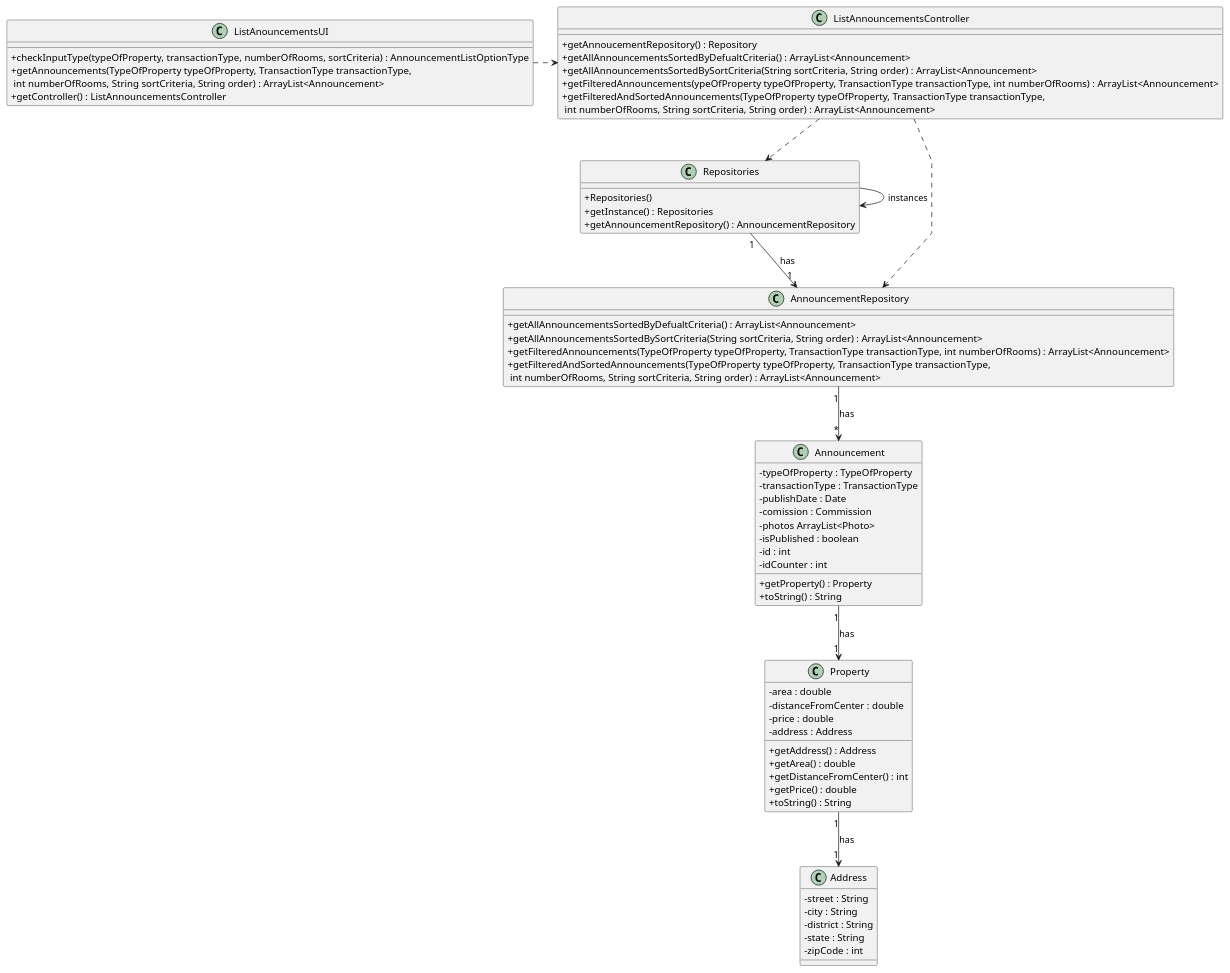
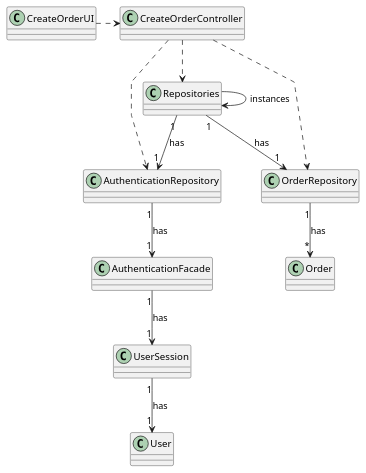
Before and after one commit to Goncalves2525/real-estate-management-system: the diagram in docs/sprintC/us001/03.design/puml/us001-class-diagram.puml, drawn with PlantUML. The commit also changed 52 other files, not shown here.

Commit message:
Made Rationale, created sequence diagram and prepared class diagram [UC10] [Design]

```diff
--- a/docs/sprintC/us001/03.design/puml/us001-class-diagram.puml
+++ b/docs/sprintC/us001/03.design/puml/us001-class-diagram.puml
@@ -1,88 +1,60 @@
 @startuml
 'skinparam monochrome true
 skinparam packageStyle rectangle
 skinparam shadowing false
 skinparam linetype polyline
 'skinparam linetype orto
 
 skinparam classAttributeIconSize 0
 
 'left to right directio
-class Property{
-      - area : double
-      - distanceFromCenter : double
-      - price : double
-      - address : Address
-      + getAddress() : Address
-      + getArea() : double
-      + getDistanceFromCenter() : int
-      + getPrice() : double
-      + toString() : String
+class UserSession{
 }
 
-class Announcement {
-   - typeOfProperty : TypeOfProperty
-   - transactionType : TransactionType
-   - publishDate : Date
-   - comission : Commission
-   - photos ArrayList<Photo>
-   - isPublished : boolean
-   - id : int
-   - idCounter : int
-   + getProperty() : Property
-   + toString() : String
+class AuthenticationFacade {
 }
 
-class AnnouncementRepository {
-    +getAllAnnouncementsSortedByDefualtCriteria() : ArrayList<Announcement>
-    +getAllAnnouncementsSortedBySortCriteria(String sortCriteria, String order) : ArrayList<Announcement>
-    +getFilteredAnnouncements(TypeOfProperty typeOfProperty, TransactionType transactionType, int numberOfRooms) : ArrayList<Announcement>
-    +getFilteredAndSortedAnnouncements(TypeOfProperty typeOfProperty, TransactionType transactionType,\n int numberOfRooms, String sortCriteria, String order) : ArrayList<Announcement>
+class AuthenticationRepository {
 }
 
 class Repositories {
-    +Repositories()
-    +getInstance() : Repositories
-    +getAnnouncementRepository() : AnnouncementRepository
 }
 
-class ListAnnouncementsController {
-     +getAnnoucementRepository() : Repository
-     +getAllAnnouncementsSortedByDefualtCriteria() : ArrayList<Announcement>
-     +getAllAnnouncementsSortedBySortCriteria(String sortCriteria, String order) : ArrayList<Announcement>
-     +getFilteredAnnouncements(ypeOfProperty typeOfProperty, TransactionType transactionType, int numberOfRooms) : ArrayList<Announcement>
-     +getFilteredAndSortedAnnouncements(TypeOfProperty typeOfProperty, TransactionType transactionType,\n int numberOfRooms, String sortCriteria, String order) : ArrayList<Announcement>
+class CreateOrderController {
 }
 
-class ListAnouncementsUI {
-    +checkInputType(typeOfProperty, transactionType, numberOfRooms, sortCriteria) : AnnouncementListOptionType
-    +getAnnouncements(TypeOfProperty typeOfProperty, TransactionType transactionType,\n int numberOfRooms, String sortCriteria, String order) : ArrayList<Announcement>
-    +getController() : ListAnnouncementsController
+class CreateOrderUI {
 }
 
-class Address{
-    - street : String
-    - city : String
-    - district : String
-    - state : String
-    - zipCode : int
+class User{
+}
+
+class OrderRepository{
+}
+
+class Order{
 }
 
 Repositories -> Repositories : instances
 
-ListAnouncementsUI .> ListAnnouncementsController
+CreateOrderUI .> CreateOrderController
 
-ListAnnouncementsController ..> Repositories
+CreateOrderController ..> Repositories
 
-Repositories "1" --> "1" AnnouncementRepository : has
+Repositories "1" --> "1" AuthenticationRepository : has
 
-ListAnnouncementsController ..> AnnouncementRepository
+CreateOrderController ..> AuthenticationRepository
 
-AnnouncementRepository "1" --> "*" Announcement : has
+CreateOrderController ..> OrderRepository
 
-Announcement "1" --> "1" Property : has
+AuthenticationRepository "1" --> "1" AuthenticationFacade : has
 
-Property "1" --> "1" Address : has
+AuthenticationFacade "1" --> "1" UserSession : has
 
+UserSession "1" --> "1" User : has
+
+Repositories "1" --> "1" OrderRepository : has
+
+OrderRepository "1" --> "*" Order : has
 
 @enduml
```
